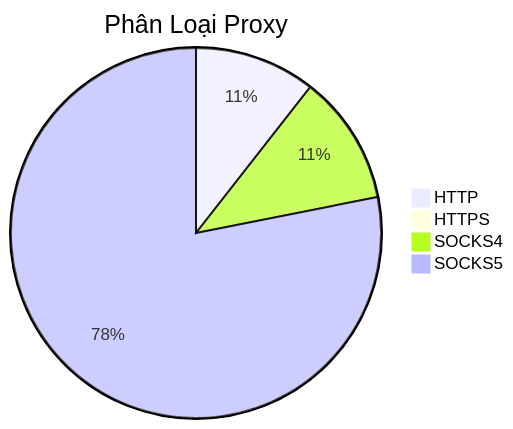
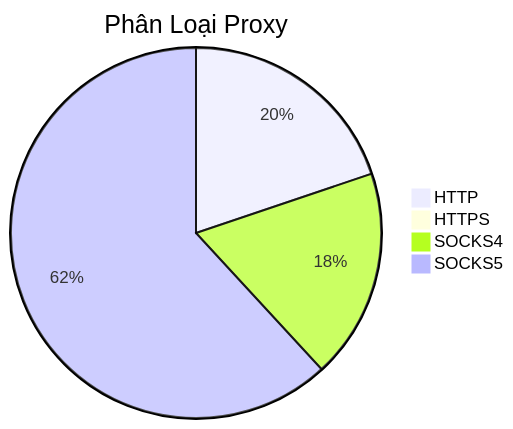
Before and after one commit to Ciara-Aa/PROXY-free: the diagram in README.md, drawn with Mermaid. The commit also changed other lines of this file and 4 other files, not shown here.

````diff
--- a/README.md
+++ b/README.md
@@ -26,7 +26,7 @@
 ```mermaid
 pie title Phân Loại Proxy
-    "HTTP" : 282
-    "HTTPS" : 3
-    "SOCKS4" : 302
-    "SOCKS5" : 2085
+    "HTTP" : 332
+    "HTTPS" : 4
+    "SOCKS4" : 307
+    "SOCKS5" : 1036
 ```
````
